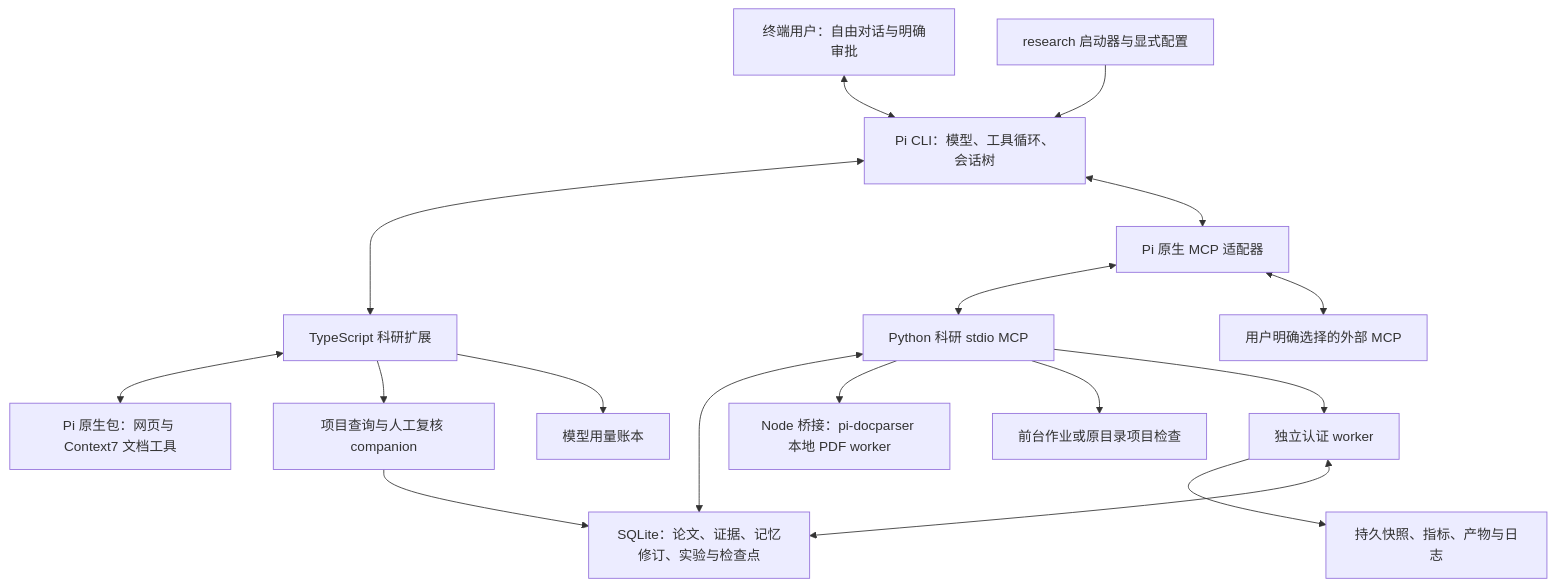
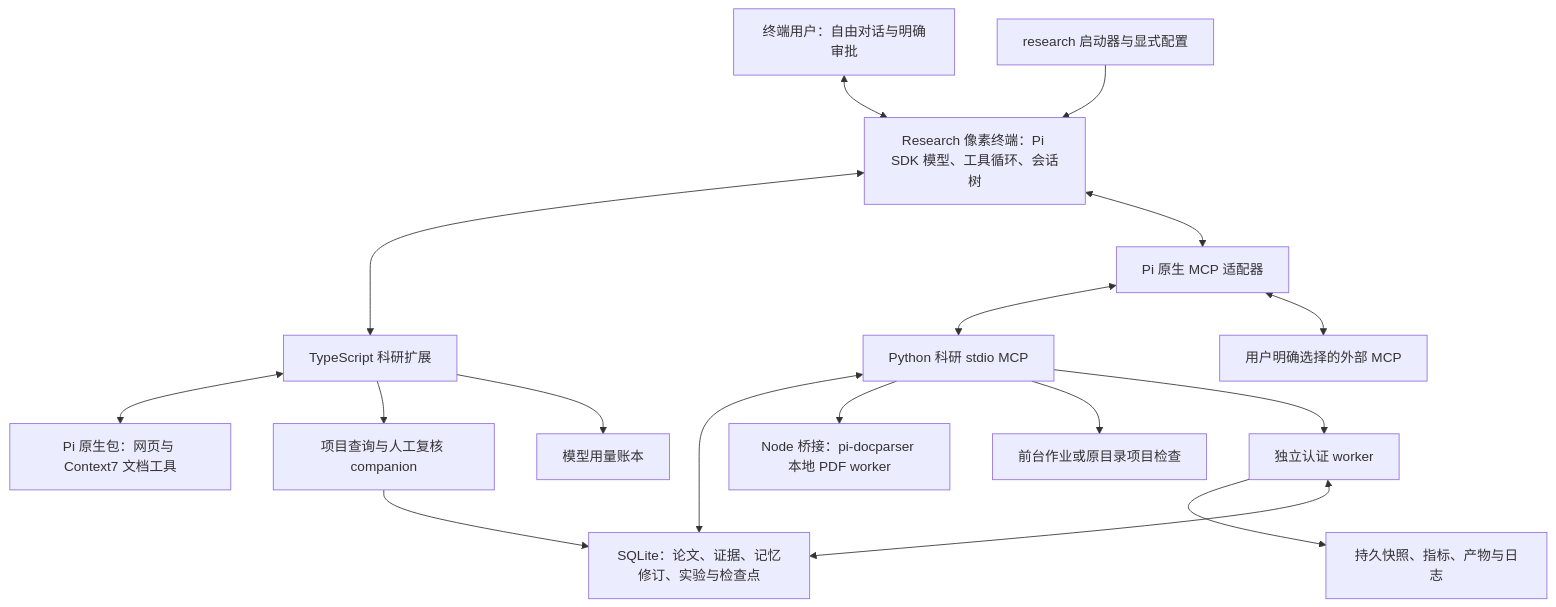
One commit to zhengye123188/amadeus changed the diagram in docs/architecture.md. Above: the diagram before and after it, drawn with Mermaid. The commit also changed other lines of this file and 21 other files, not shown here.

````diff
--- a/docs/architecture.md
+++ b/docs/architecture.md
@@ -5,19 +5,19 @@
 ```mermaid
 flowchart TD
-    U[终端用户：自由对话与明确审批] <--> P[Pi CLI：模型、工具循环、会话树]
+    U[终端用户：自由对话与明确审批] <--> P[Research 像素终端：Pi SDK 模型、工具循环、会话树]
     L[research 启动器与显式配置] --> P
     P <--> X[TypeScript 科研扩展]
     X <--> N[Pi 原生包：网页与 Context7 文档工具]
     P <--> M[Pi 原生 MCP 适配器]
     M <--> B[Python 科研 stdio MCP]
     M <--> E[用户明确选择的外部 MCP]
     B <--> D[SQLite：论文、证据、记忆修订、实验与检查点]
     B --> F[Node 桥接：pi-docparser 本地 PDF worker]
     B --> J[前台作业或原目录项目检查]
     B --> W[独立认证 worker]
     W --> R[持久快照、指标、产物与日志]
     W <--> D
     X --> Q[项目查询与人工复核 companion]
     Q --> D
     X --> A[模型用量账本]
 ```
````
